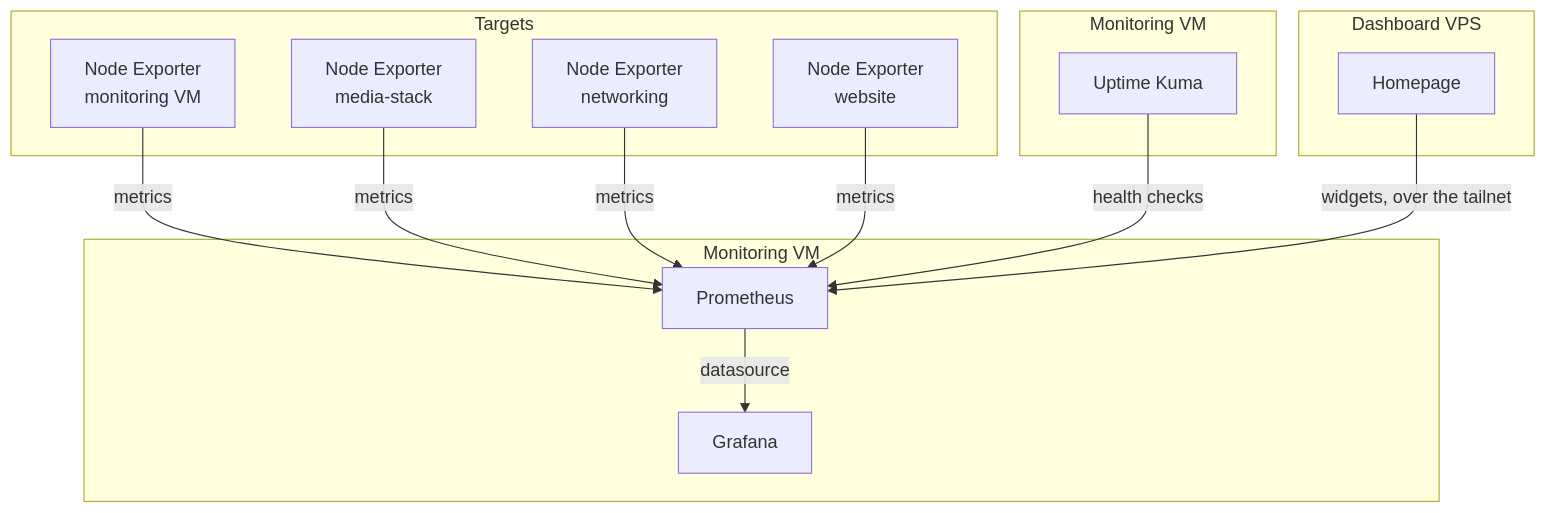
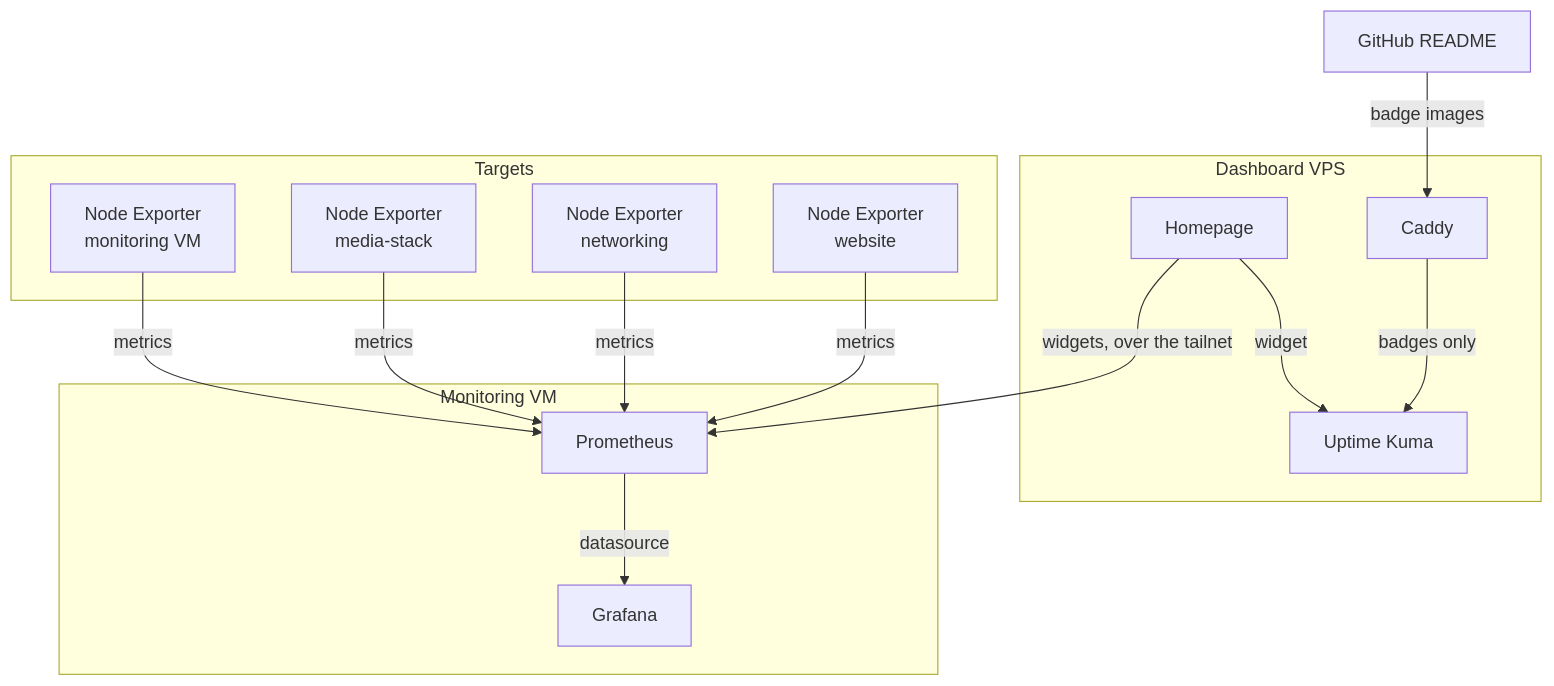
One commit to sfcal/homelab changed the diagram in docs/infrastructure/monitoring/index.md. Above: the diagram before and after it, drawn with Mermaid. The commit also changed other lines of this file and 25 other files, not shown here.

Commit message:
uptime kuma VPS + badges

````diff
--- a/docs/infrastructure/monitoring/index.md
+++ b/docs/infrastructure/monitoring/index.md
@@ -10,27 +10,27 @@
 ```mermaid
 graph TD
     subgraph Monitoring VM
         Prometheus[Prometheus]
         Grafana[Grafana]
     end
 
     subgraph Dashboard VPS
         Homepage[Homepage]
+        UptimeKuma[Uptime Kuma]
+        Caddy[Caddy]
     end
 
     subgraph Targets
         NE1[Node Exporter\nmonitoring VM]
         NE2[Node Exporter\nmedia-stack]
         NE3[Node Exporter\nnetworking]
         NE4[Node Exporter\nwebsite]
     end
 
-    subgraph Monitoring VM
-        UptimeKuma[Uptime Kuma]
-    end
-
     NE1 & NE2 & NE3 & NE4 -->|metrics| Prometheus
     Prometheus -->|datasource| Grafana
-    UptimeKuma -->|health checks| Prometheus
     Homepage -->|widgets, over the tailnet| Prometheus
+    Homepage -->|widget| UptimeKuma
+    Caddy -->|badges only| UptimeKuma
+    GitHub[GitHub README] -->|badge images| Caddy
 ```
````
